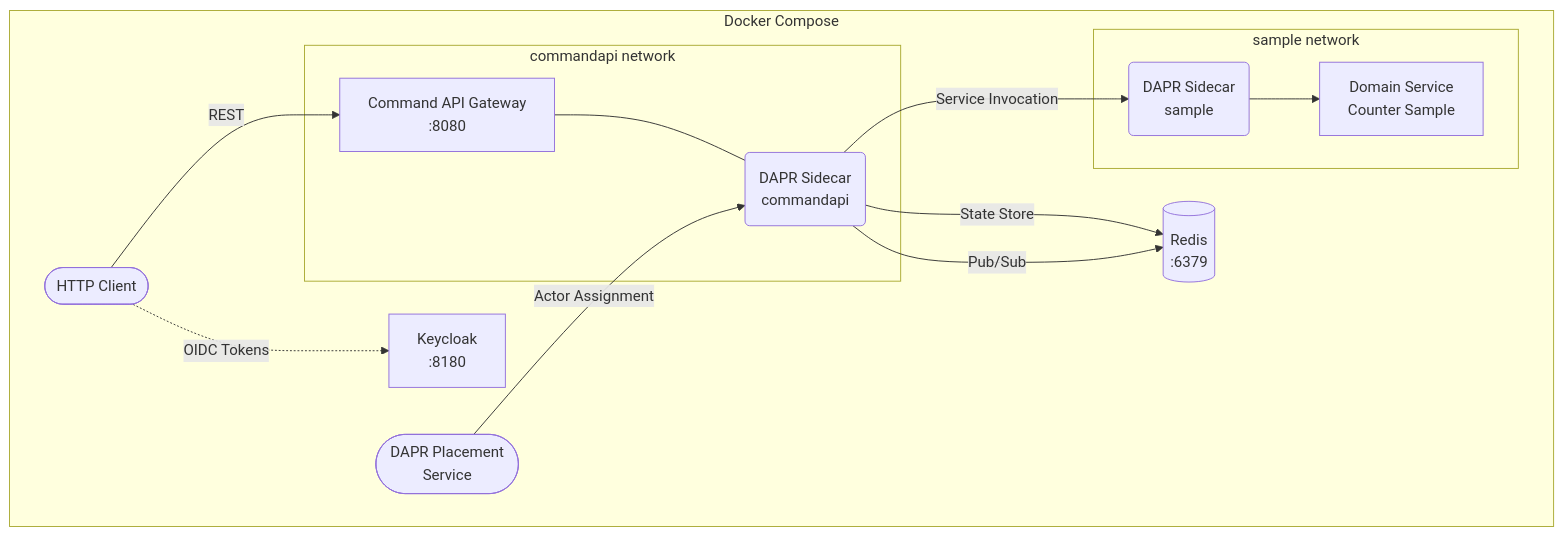
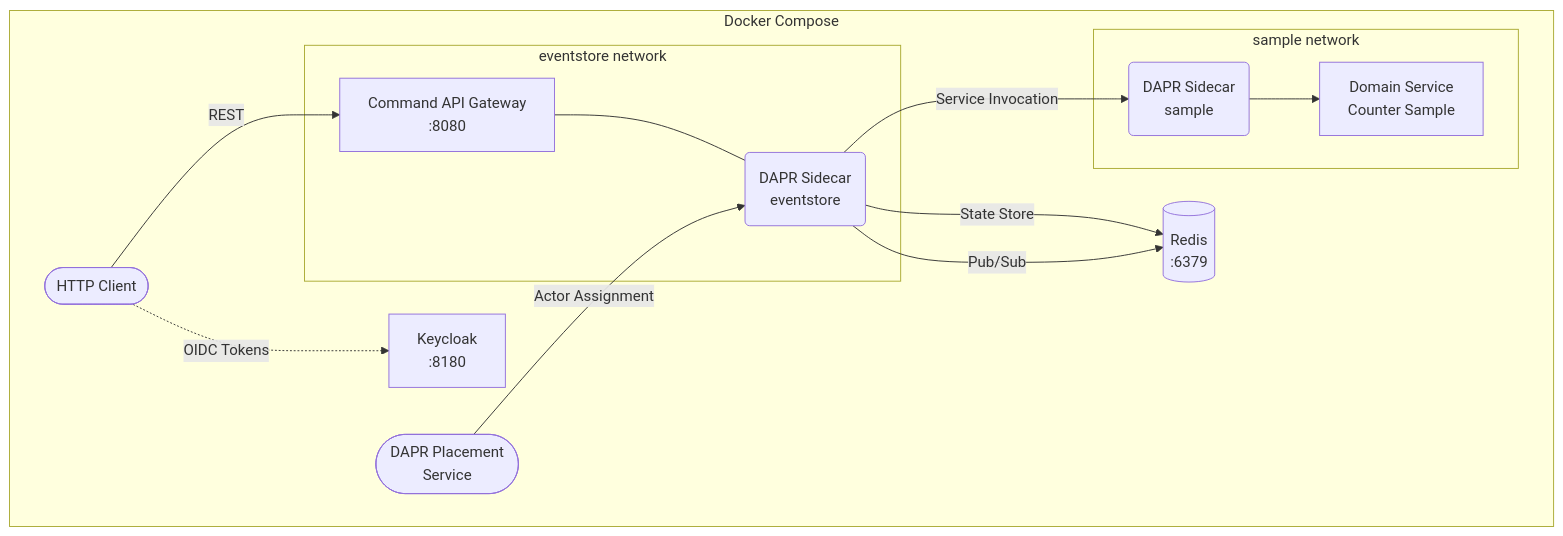
One commit to Hexalith/Hexalith.EventStore changed the diagram in docs/guides/deployment-docker-compose.md. Above: the diagram before and after it, drawn with Mermaid. The commit also changed other lines of this file and 299 other files, not shown here.

````diff
--- a/docs/guides/deployment-docker-compose.md
+++ b/docs/guides/deployment-docker-compose.md
@@ -13,29 +13,29 @@
 ```mermaid
 flowchart TB
     Client([HTTP Client])
 
     subgraph DockerCompose["Docker Compose"]
-        subgraph CommandApiGroup["commandapi network"]
-            CommandApi[Command API Gateway<br/>:8080]
-            CmdSidecar(DAPR Sidecar<br/>commandapi)
+        subgraph EventStoreGroup["eventstore network"]
+            EventStore[Command API Gateway<br/>:8080]
+            CmdSidecar(DAPR Sidecar<br/>eventstore)
         end
 
         subgraph SampleGroup["sample network"]
             Sample[Domain Service<br/>Counter Sample]
             SampleSidecar(DAPR Sidecar<br/>sample)
         end
 
         Redis[(Redis<br/>:6379)]
         Keycloak[Keycloak<br/>:8180]
         Placement([DAPR Placement<br/>Service])
 
-        Client -->|REST| CommandApi
-        CommandApi --- CmdSidecar
+        Client -->|REST| EventStore
+        EventStore --- CmdSidecar
         CmdSidecar -->|Service Invocation| SampleSidecar
         SampleSidecar --> Sample
         CmdSidecar -->|State Store| Redis
         CmdSidecar -->|Pub/Sub| Redis
         Placement -->|Actor Assignment| CmdSidecar
         Client -.->|OIDC Tokens| Keycloak
     end
 ```
````
